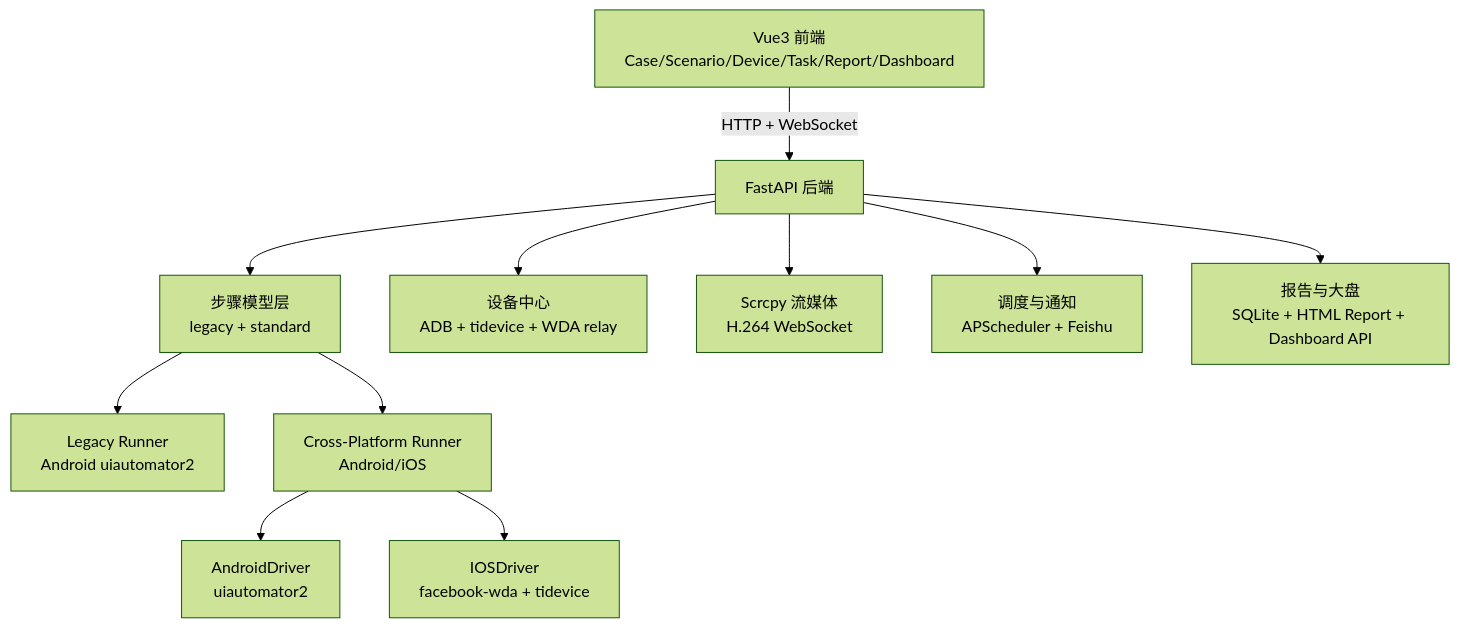
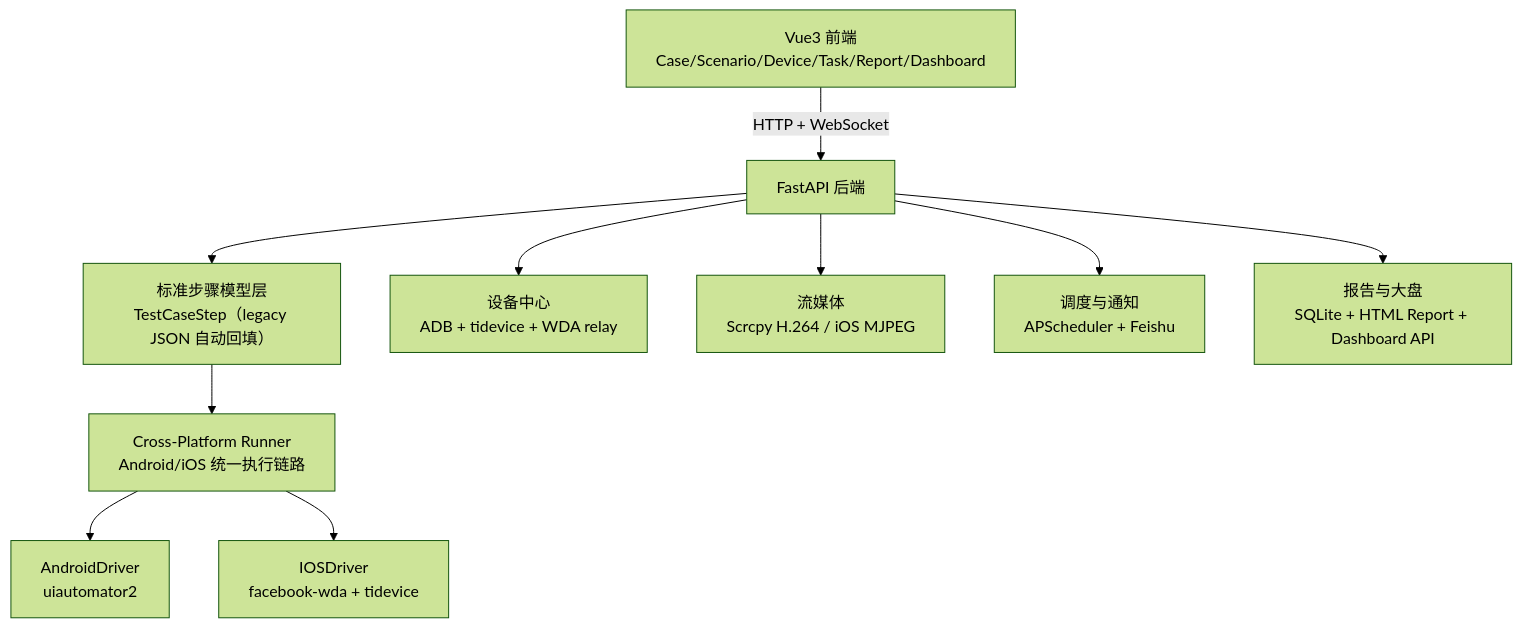
Before and after one commit to liqiu-debug/AutoDroid: the diagram in docs/PROJECT_OVERVIEW_CN.md, drawn with Mermaid (forest theme). The commit also changed other lines of this file and 1 other file, not shown here.

First line of the commit message:
docs: sync overview and roadmap with P1 batch outcomes

````diff
--- a/docs/PROJECT_OVERVIEW_CN.md
+++ b/docs/PROJECT_OVERVIEW_CN.md
@@ -45,13 +45,12 @@
 ```mermaid
 flowchart TD
     A["Vue3 前端<br/>Case/Scenario/Device/Task/Report/Dashboard"] -->|"HTTP + WebSocket"| B["FastAPI 后端"]
-    B --> C["步骤模型层<br/>legacy + standard"]
-    C --> D1["Legacy Runner<br/>Android uiautomator2"]
-    C --> D2["Cross-Platform Runner<br/>Android/iOS"]
+    B --> C["标准步骤模型层<br/>TestCaseStep（legacy JSON 自动回填）"]
+    C --> D2["Cross-Platform Runner<br/>Android/iOS 统一执行链路"]
     D2 --> E1["AndroidDriver<br/>uiautomator2"]
     D2 --> E2["IOSDriver<br/>facebook-wda + tidevice"]
     B --> F["设备中心<br/>ADB + tidevice + WDA relay"]
-    B --> G["Scrcpy 流媒体<br/>H.264 WebSocket"]
+    B --> G["流媒体<br/>Scrcpy H.264 / iOS MJPEG"]
     B --> H["调度与通知<br/>APScheduler + Feishu"]
     B --> I["报告与大盘<br/>SQLite + HTML Report + Dashboard API"]
 ```
````
